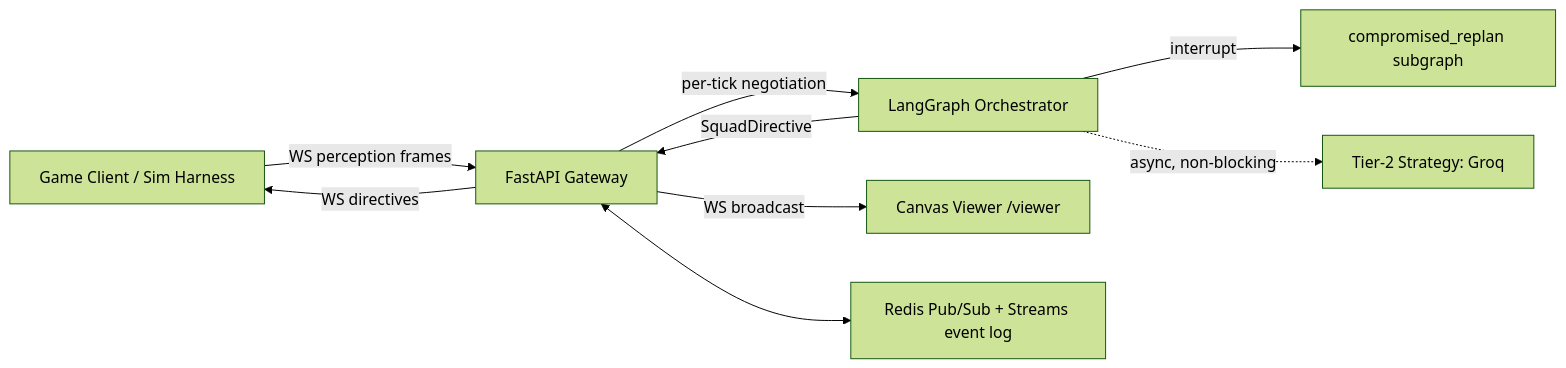
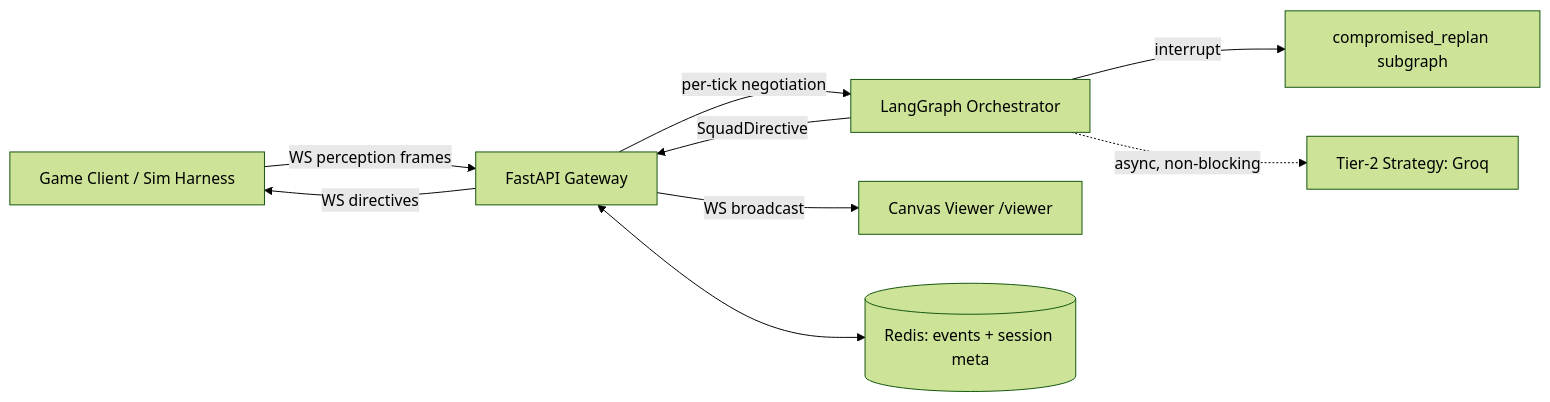
The first of 2 diagrams in README.md (ankitpatil3003/TactixNet), drawn with Mermaid (forest theme) before and after one commit. The commit also changed other lines of this file and 23 other files, not shown here.

````diff
--- a/README.md
+++ b/README.md
@@ -25,11 +25,11 @@
 ```mermaid
 flowchart LR
     Client[Game Client / Sim Harness] -->|WS perception frames| Gateway[FastAPI Gateway]
     Gateway -->|per-tick negotiation| Graph[LangGraph Orchestrator]
     Graph -->|interrupt| Replan[compromised_replan subgraph]
     Graph -.->|async, non-blocking| LLM[Tier-2 Strategy: Groq]
     Graph -->|SquadDirective| Gateway
     Gateway -->|WS directives| Client
     Gateway -->|WS broadcast| Viewer[Canvas Viewer /viewer]
-    Gateway <--> Bus[Redis Pub/Sub + Streams event log]
+    Gateway <--> Redis[(Redis: events + session meta)]
 ```
````
